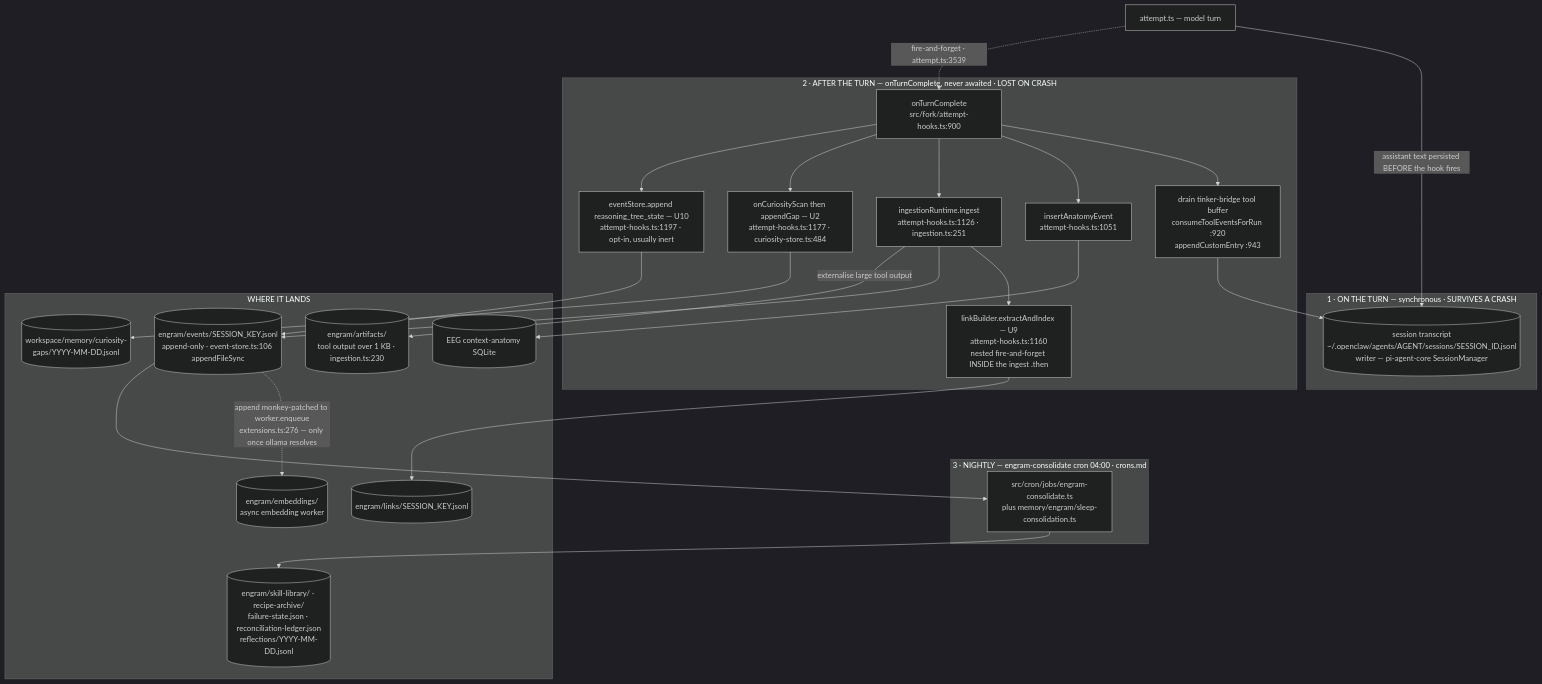
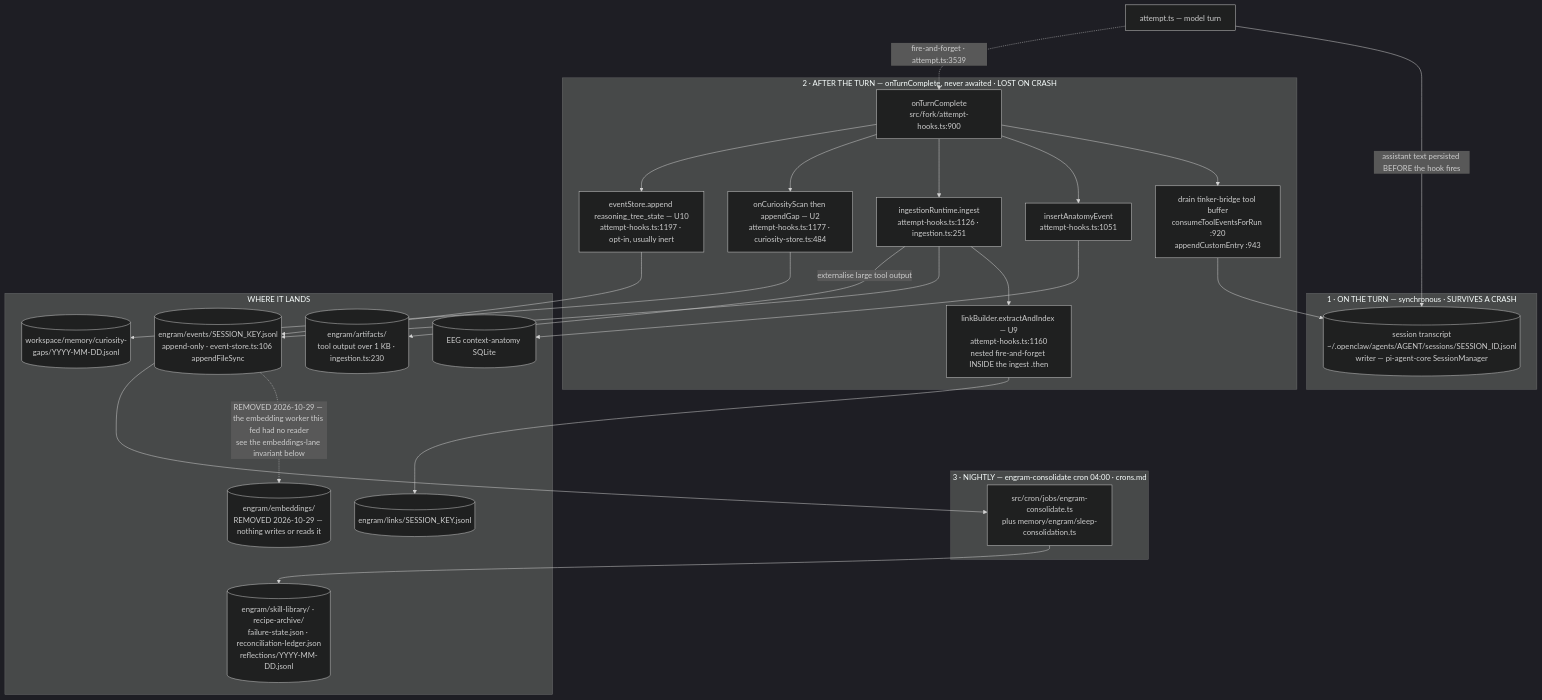
Before and after one commit to globalcaos/tinkerclaw: the first of 3 diagrams in TINKER_UI_DESIGN_BIBLE/memory-layout.md, drawn with Mermaid (dark theme). The commit also changed other lines of this file and 769 other files, not shown here.

````diff
--- a/TINKER_UI_DESIGN_BIBLE/memory-layout.md
+++ b/TINKER_UI_DESIGN_BIBLE/memory-layout.md
@@ -74,51 +76,51 @@
 ```mermaid
 flowchart TD
   A["attempt.ts — model turn"]
 
   subgraph sync["1 · ON THE TURN — synchronous · SURVIVES A CRASH"]
     TX[("session transcript<br/>~/.openclaw/agents/AGENT/sessions/SESSION_ID.jsonl<br/>writer — pi-agent-core SessionManager")]
   end
 
   subgraph deferred["2 · AFTER THE TURN — onTurnComplete, never awaited · LOST ON CRASH"]
     H["onTurnComplete<br/>src/fork/attempt-hooks.ts:900"]
     TB["drain tinker-bridge tool buffer<br/>consumeToolEventsForRun :920<br/>appendCustomEntry :943"]
     AN["insertAnatomyEvent<br/>attempt-hooks.ts:1051"]
     ING["ingestionRuntime.ingest<br/>attempt-hooks.ts:1126 · ingestion.ts:251"]
     LNK["linkBuilder.extractAndIndex — U9<br/>attempt-hooks.ts:1160<br/>nested fire-and-forget INSIDE the ingest .then"]
     CUR["onCuriosityScan then appendGap — U2<br/>attempt-hooks.ts:1177 · curiosity-store.ts:484"]
     TOT["eventStore.append reasoning_tree_state — U10<br/>attempt-hooks.ts:1197 · opt-in, usually inert"]
   end
 
   subgraph nightly["3 · NIGHTLY — engram-consolidate cron 04:00 · crons.md"]
     CONS["src/cron/jobs/engram-consolidate.ts<br/>plus memory/engram/sleep-consolidation.ts"]
   end
 
   subgraph stores["WHERE IT LANDS"]
     EV[("engram/events/SESSION_KEY.jsonl<br/>append-only · event-store.ts:106 appendFileSync")]
     ART[("engram/artifacts/<br/>tool output over 1 KB · ingestion.ts:230")]
-    EMB[("engram/embeddings/<br/>async embedding worker")]
+    EMB[("engram/embeddings/<br/>REMOVED 2026-10-29 — nothing writes or reads it")]
     LK[("engram/links/SESSION_KEY.jsonl")]
     GAP[("workspace/memory/curiosity-gaps/YYYY-MM-DD.jsonl")]
     DBA[("EEG context-anatomy SQLite")]
     KN[("engram/skill-library/ · recipe-archive/<br/>failure-state.json · reconciliation-ledger.json<br/>reflections/YYYY-MM-DD.jsonl")]
   end
 
   A -->|"assistant text persisted BEFORE the hook fires"| TX
   A -.->|"fire-and-forget · attempt.ts:3539"| H
   H --> TB
   H --> AN
   H --> ING
   H --> CUR
   H --> TOT
   ING --> LNK
   TB --> TX
   AN --> DBA
   ING --> EV
   ING -->|"externalise large tool output"| ART
   TOT --> EV
-  EV -.->|"append monkey-patched to worker.enqueue<br/>extensions.ts:276 — only once ollama resolves"| EMB
+  EV -.->|"REMOVED 2026-10-29 — the embedding worker this fed had no reader<br/>see the embeddings-lane invariant below"| EMB
   LNK --> LK
   CUR --> GAP
   EV --> CONS
   CONS --> KN
 ```
````
